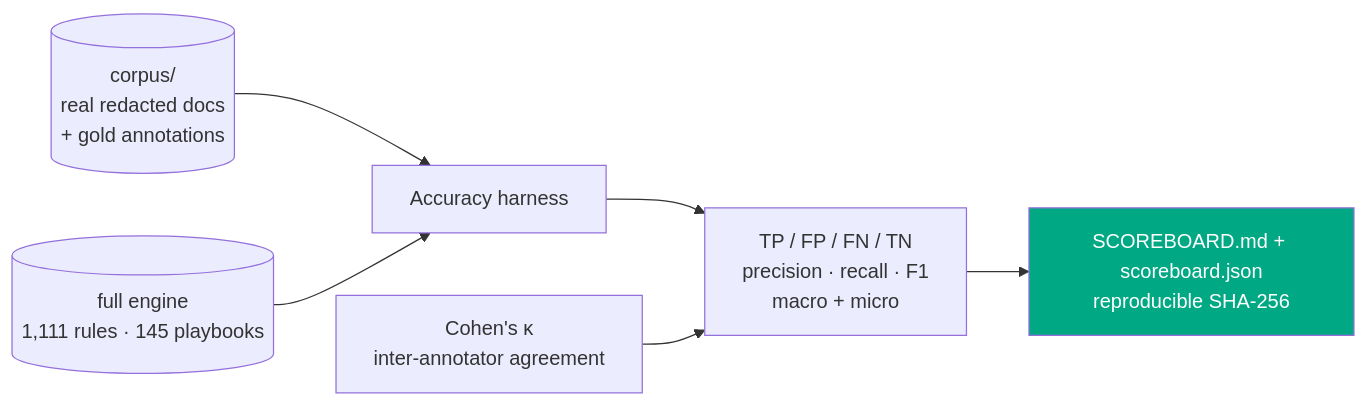
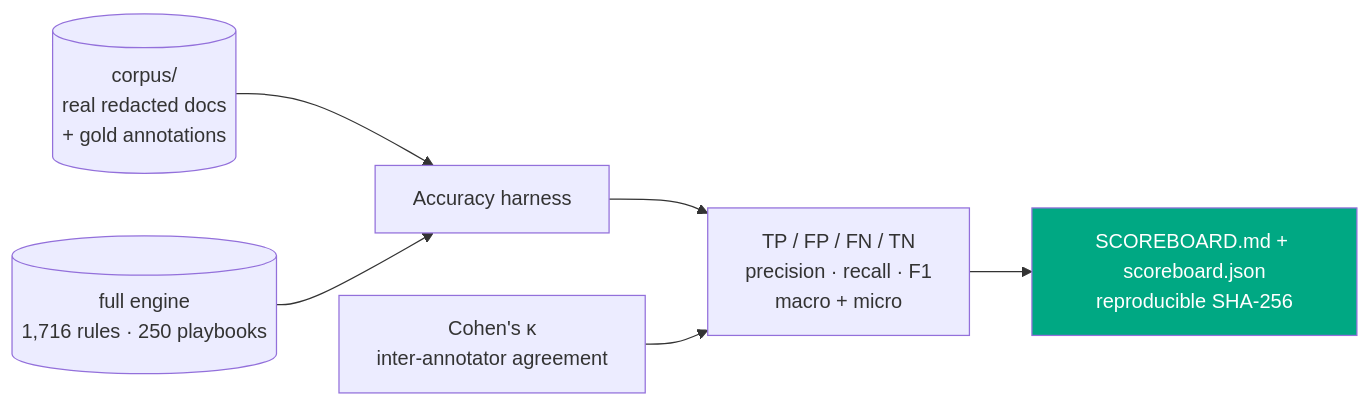
Before and after one commit to clay-good/vaulytica: the seventh of 11 diagrams in README.md, drawn with Mermaid. The commit also changed other lines of this file and 143 other files, not shown here.

````diff
--- a/README.md
+++ b/README.md
@@ -1208,9 +1209,9 @@
 ```mermaid
 flowchart LR
   C[(corpus/<br/>real redacted docs<br/>+ gold annotations)] --> H[Accuracy harness]
-  R[(full engine<br/>1,111 rules · 145 playbooks)] --> H
+  R[(full engine<br/>1,716 rules · 250 playbooks)] --> H
   H --> M[TP / FP / FN / TN<br/>precision · recall · F1<br/>macro + micro]
   M --> S[SCOREBOARD.md + scoreboard.json<br/>reproducible SHA-256]
   K[Cohen's κ<br/>inter-annotator agreement] --> M
   style S fill:#00A883,color:#fff
 ```
````
